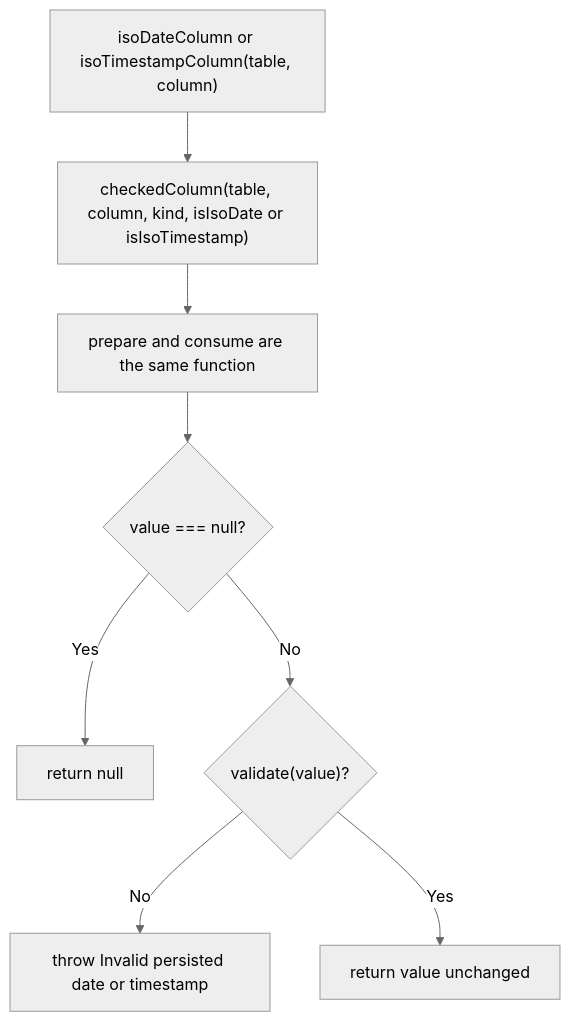
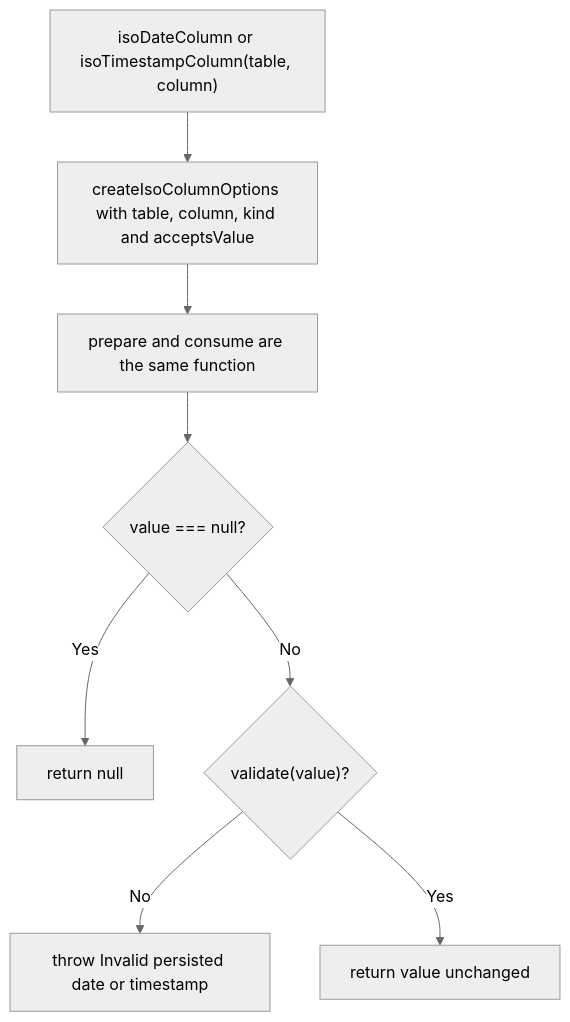
Before and after one commit to Kevinjohn/oss-adonisjs-lucid-checked-columns: the second of 2 diagrams in user-stories/US-COLUMN-02-store-iso-date-or-timestamp.md, drawn with Mermaid (neutral theme).

Commit message:
Update the ISO column story to name its factory

````diff
--- a/user-stories/US-COLUMN-02-store-iso-date-or-timestamp.md
+++ b/user-stories/US-COLUMN-02-store-iso-date-or-timestamp.md
@@ -40,10 +40,10 @@
 ```mermaid
 flowchart TD
-    A["isoDateColumn or isoTimestampColumn(table, column)"] --> B["checkedColumn(table, column, kind, isIsoDate or isIsoTimestamp)"]
+    A["isoDateColumn or isoTimestampColumn(table, column)"] --> B["createIsoColumnOptions with table, column, kind and acceptsValue"]
     B --> C["prepare and consume are the same function"]
     C --> D{"value === null?"}
     D -->|Yes| E["return null"]
     D -->|No| F{"validate(value)?"}
     F -->|No| G["throw Invalid persisted date or timestamp"]
     F -->|Yes| H["return value unchanged"]
 ```
````
